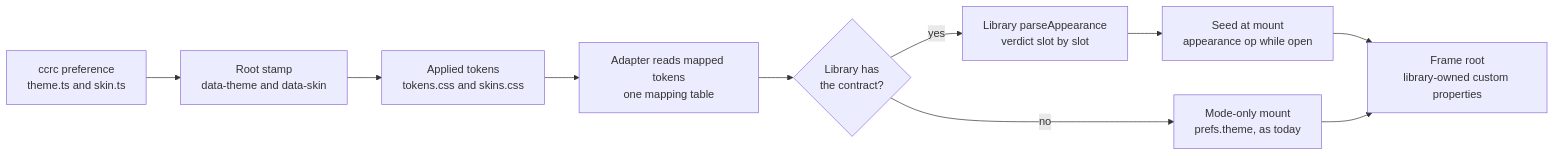
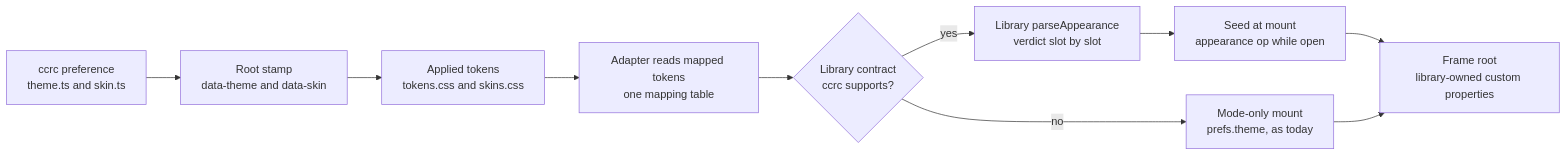
Before and after one commit to Synapsium-Labs/ccrc-pwa: the first of 3 diagrams in docs/superpowers/specs/2026-11-18-native-docs-appearance-continuity-design.md, drawn with Mermaid. The commit also changed other lines of this file, not shown here.

First line of the commit message:
docs(spec): X1 FR2 A4, Figure 3 through the bridge, Figure 1 by the defined term

````diff
--- a/docs/superpowers/specs/2026-11-18-native-docs-appearance-continuity-design.md
+++ b/docs/superpowers/specs/2026-11-18-native-docs-appearance-continuity-design.md
@@ -54,12 +54,12 @@
 ```mermaid
 flowchart LR
   P["ccrc preference<br/>theme.ts and skin.ts"] --> R["Root stamp<br/>data-theme and data-skin"]
   R --> T["Applied tokens<br/>tokens.css and skins.css"]
   T --> M["Adapter reads mapped tokens<br/>one mapping table"]
-  M --> C{"Library has<br/>the contract?"}
+  M --> C{"Library contract<br/>ccrc supports?"}
   C -->|yes| V["Library parseAppearance<br/>verdict slot by slot"]
   V --> A["Seed at mount<br/>appearance op while open"]
   C -->|no| F["Mode-only mount<br/>prefs.theme, as today"]
   A --> X["Frame root<br/>library-owned custom properties"]
   F --> X
 ```
````
